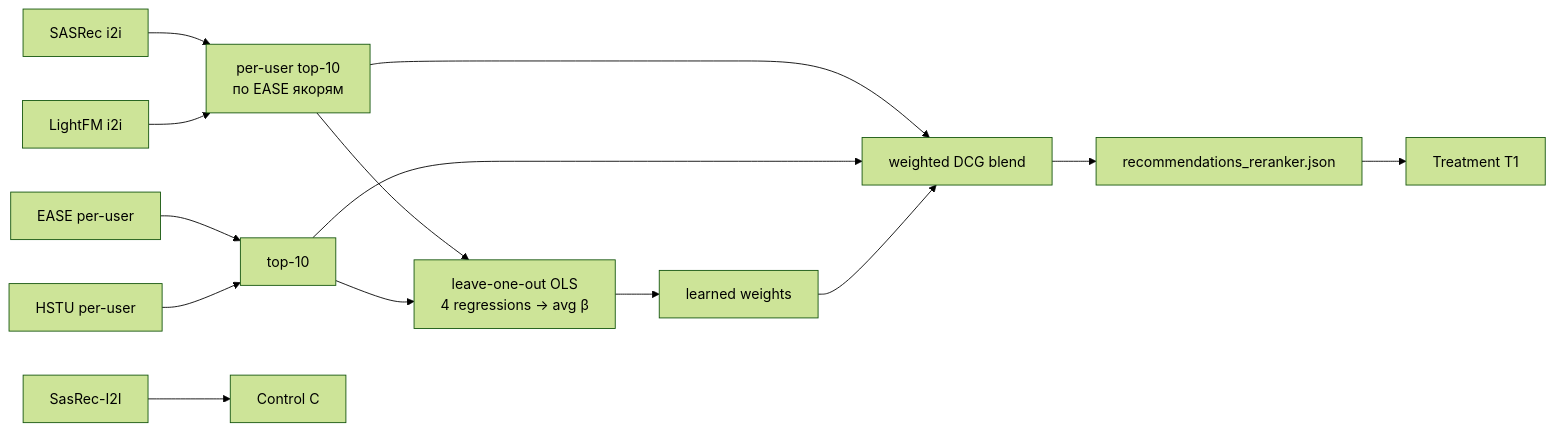
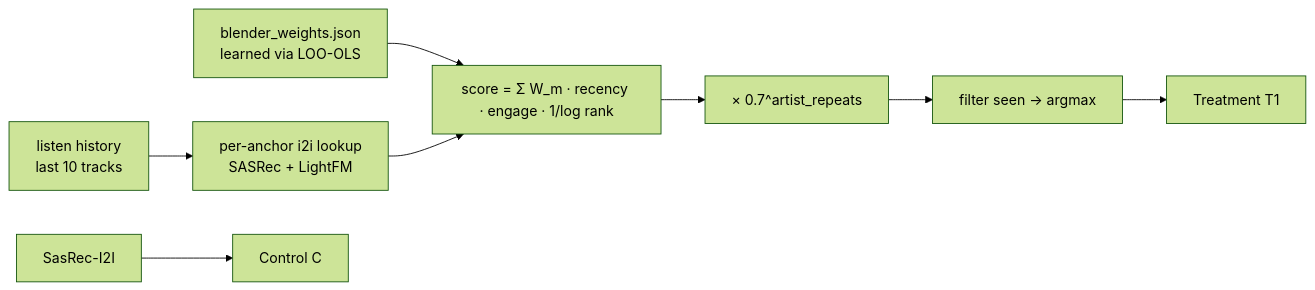
Before and after one commit to anokhin/recsys-course-spring-2026: the diagram in report.md, drawn with Mermaid (forest theme). The commit also changed other lines of this file and 10 other files, not shown here.

````diff
--- a/report.md
+++ b/report.md
@@ -9,16 +11,10 @@
 ```mermaid
 flowchart LR
-    S[SASRec i2i] --> A[per-user top-10<br/>по EASE якорям]
-    L[LightFM i2i] --> A
-    E[EASE per-user] --> B[top-10]
-    H[HSTU per-user] --> B
-    A --> F[leave-one-out OLS<br/>4 regressions → avg β]
-    B --> F
-    F --> W[learned weights]
-    A --> R[weighted DCG blend]
-    B --> R
-    W --> R
-    R --> J[recommendations_reranker.json]
-    J --> T[Treatment T1]
+    H[listen history<br/>last 10 tracks] --> A[per-anchor i2i lookup<br/>SASRec + LightFM]
+    W[blender_weights.json<br/>learned via LOO-OLS] --> S
+    A --> S[score = Σ W_m · recency · engage · 1/log rank]
+    S --> D[× 0.7^artist_repeats]
+    D --> F[filter seen → argmax]
+    F --> T1[Treatment T1]
     X[SasRec-I2I] --> C[Control C]
 ```
````
